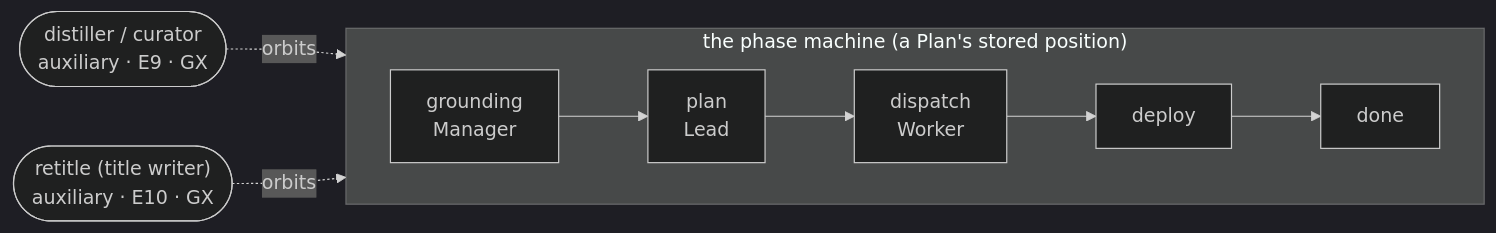
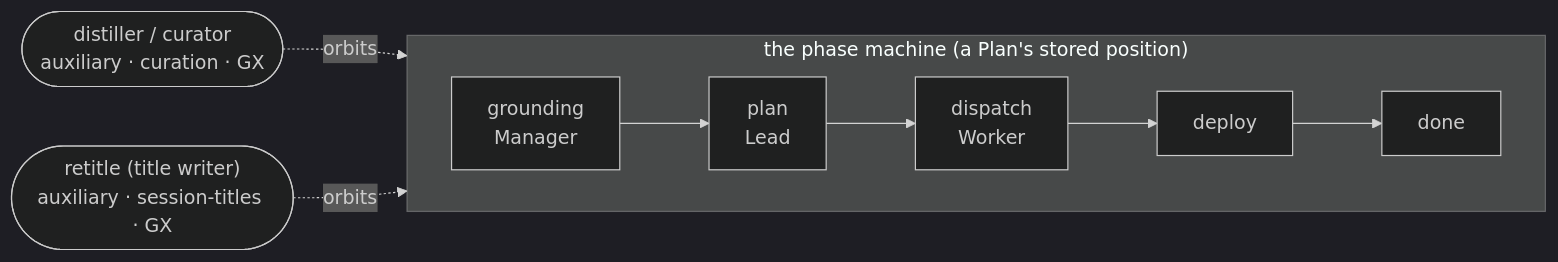
The diagram in docs/architecture/roles.md (clayton-duarte/cpd), drawn with Mermaid (dark theme) before and after one commit. The commit also changed other lines of this file and 23 other files, not shown here.

````diff
--- a/docs/architecture/roles.md
+++ b/docs/architecture/roles.md
@@ -79,11 +79,11 @@
 ```mermaid
 flowchart LR
   subgraph machine["the phase machine (a Plan's stored position)"]
     direction LR
     grounding["grounding<br/>Manager"] --> plan["plan<br/>Lead"] --> dispatch["dispatch<br/>Worker"] --> deploy["deploy"] --> done["done"]
   end
-  distiller(["distiller / curator<br/>auxiliary · E9 · GX"])
-  retitle(["retitle (title writer)<br/>auxiliary · E10 · GX"])
+  distiller(["distiller / curator<br/>auxiliary · curation · GX"])
+  retitle(["retitle (title writer)<br/>auxiliary · session-titles · GX"])
   distiller -.->|orbits| machine
   retitle -.->|orbits| machine
 ```
````
